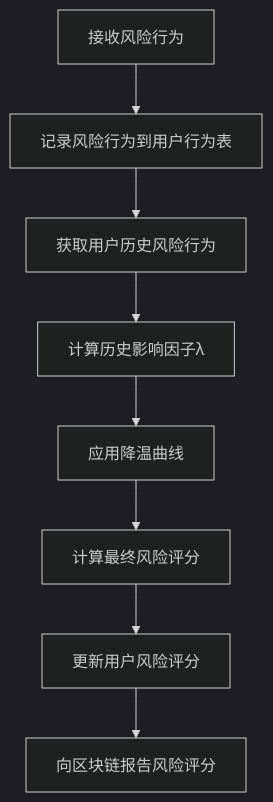
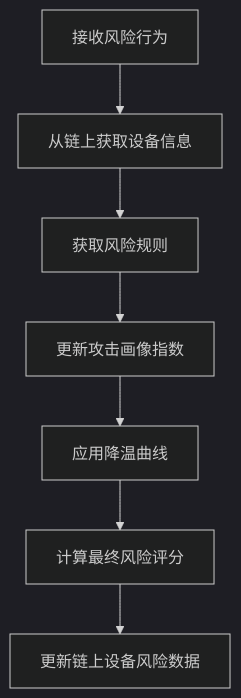
One commit to Tittifer/IEEE changed the third of 3 diagrams in README.md. Above: the diagram before and after it, drawn with Mermaid (dark theme). The commit also changed other lines of this file and 98 other files, not shown here.

````diff
--- a/README.md
+++ b/README.md
@@ -160,10 +165,9 @@
 ```mermaid
 graph TD
-    A[接收风险行为] --> B[记录风险行为到用户行为表]
-    B --> C[获取用户历史风险行为]
-    C --> D[计算历史影响因子λ]
+    A[接收风险行为] --> B[从链上获取设备信息]
+    B --> C[获取风险规则]
+    C --> D[更新攻击画像指数]
     D --> E[应用降温曲线]
     E --> F[计算最终风险评分]
-    F --> G[更新用户风险评分]
-    G --> H[向区块链报告风险评分]
+    F --> G[更新链上设备风险数据]
 ```
````
